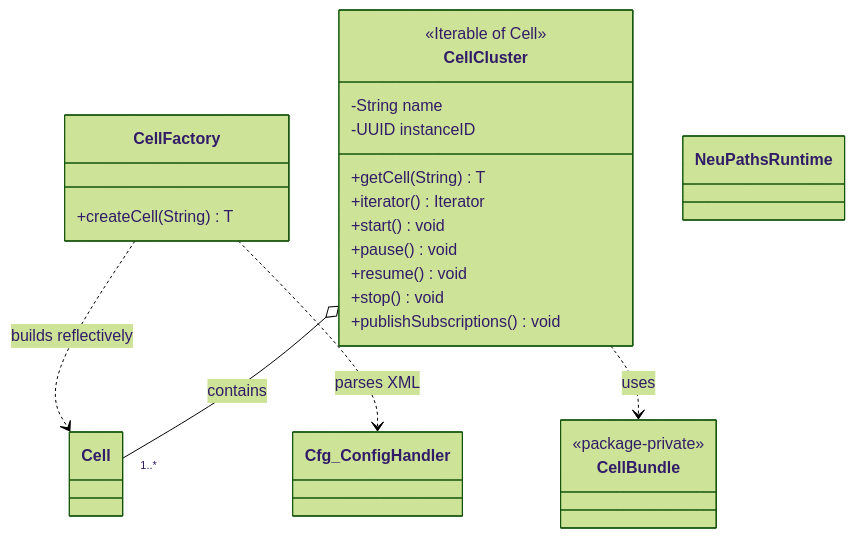
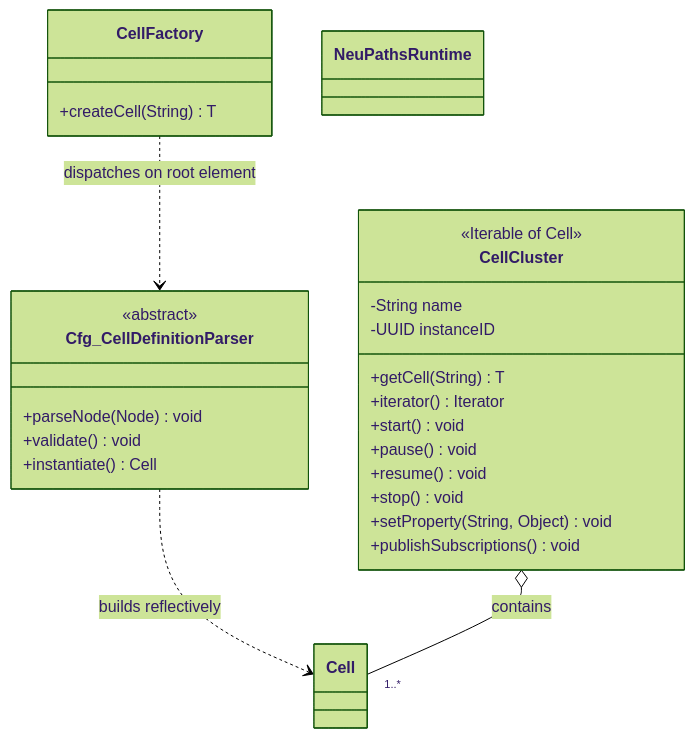
The third of 7 diagrams in documents/design/02-domain-model.md (commence-software/NeuPaths2), drawn with Mermaid (forest theme) before and after one commit. The commit also changed other lines of this file and 9 other files, not shown here.

````diff
--- a/documents/design/02-domain-model.md
+++ b/documents/design/02-domain-model.md
@@ -143,28 +154,31 @@
 ```mermaid
 classDiagram
     class CellFactory {
         +createCell(String) T
     }
     class CellCluster {
         <<Iterable of Cell>>
         -String name
         -UUID instanceID
         +getCell(String) T
         +iterator() Iterator
         +start() void
         +pause() void
         +resume() void
         +stop() void
+        +setProperty(String, Object) void
         +publishSubscriptions() void
     }
-    class CellBundle {
-        <<package-private>>
+    class Cfg_CellDefinitionParser {
+        <<abstract>>
+        +parseNode(Node) void
+        +validate() void
+        +instantiate() Cell
     }
     class NeuPathsRuntime
     class Cell
 
-    CellFactory ..> Cell : builds reflectively
-    CellFactory ..> Cfg_ConfigHandler : parses XML
+    CellFactory ..> Cfg_CellDefinitionParser : dispatches on root element
+    Cfg_CellDefinitionParser ..> Cell : builds reflectively
     CellCluster o-- "1..*" Cell : contains
-    CellCluster ..> CellBundle : uses
 ```
````
